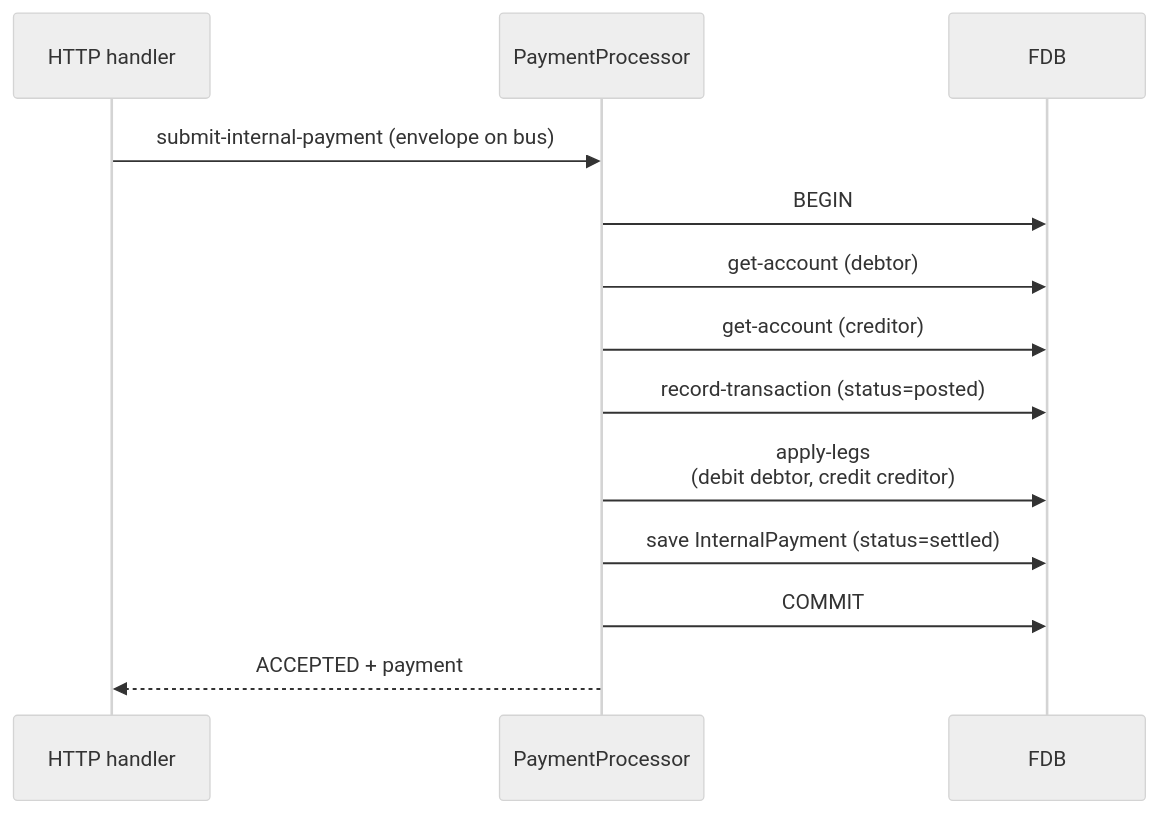
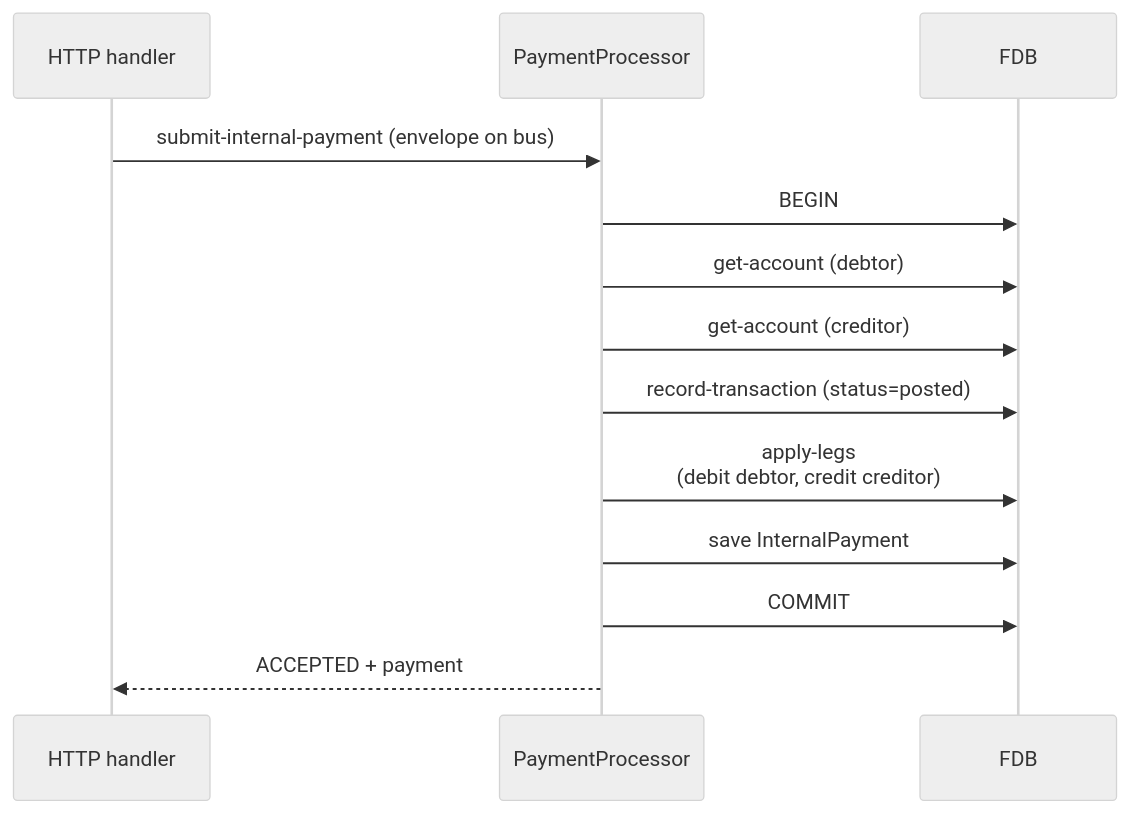
The fourth of 6 diagrams in docs/tdd/payments.md (repldriven/queenswood), drawn with Mermaid (neutral theme) before and after one commit. The commit also changed other lines of this file and 2 other files, not shown here.

````diff
--- a/docs/tdd/payments.md
+++ b/docs/tdd/payments.md
@@ -238,16 +257,16 @@
 ```mermaid
 sequenceDiagram
     participant H as HTTP handler
     participant P as PaymentProcessor
     participant F as FDB
 
     H->>P: submit-internal-payment (envelope on bus)
     P->>F: BEGIN
     P->>F: get-account (debtor)
     P->>F: get-account (creditor)
     P->>F: record-transaction (status=posted)
     P->>F: apply-legs<br/>(debit debtor, credit creditor)
-    P->>F: save InternalPayment (status=settled)
+    P->>F: save InternalPayment
     P->>F: COMMIT
     P-->>H: ACCEPTED + payment
 ```
````
